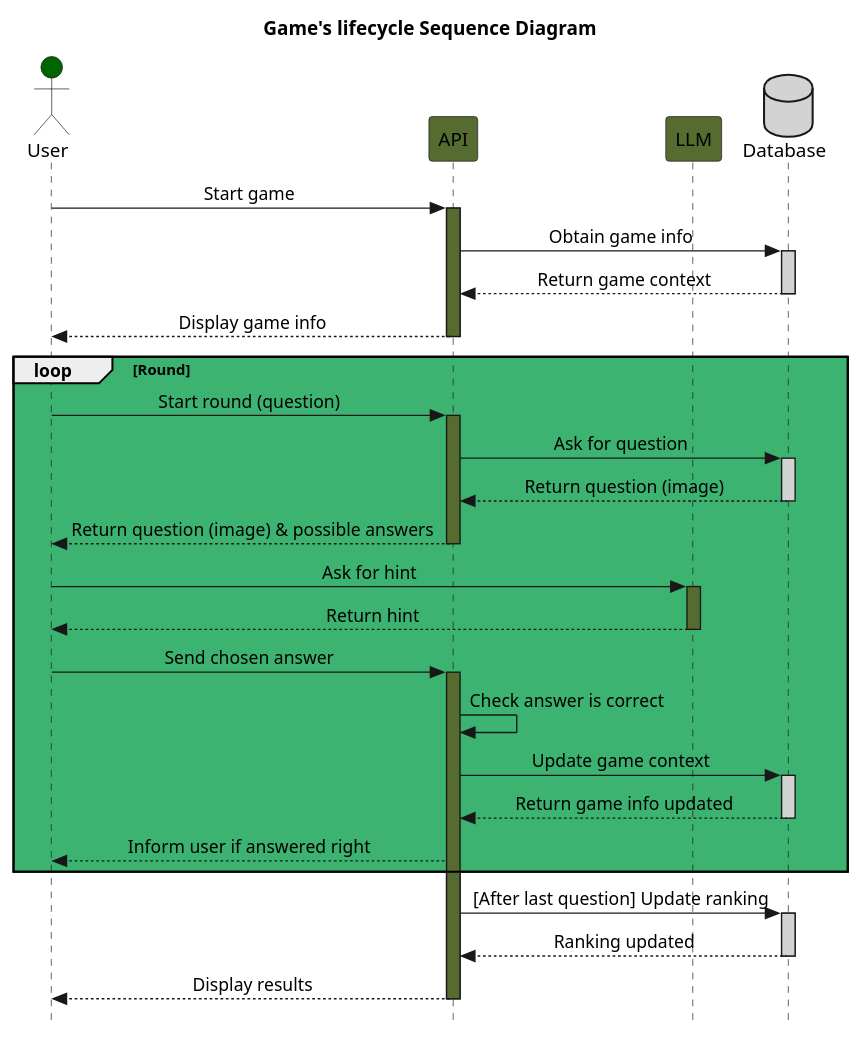
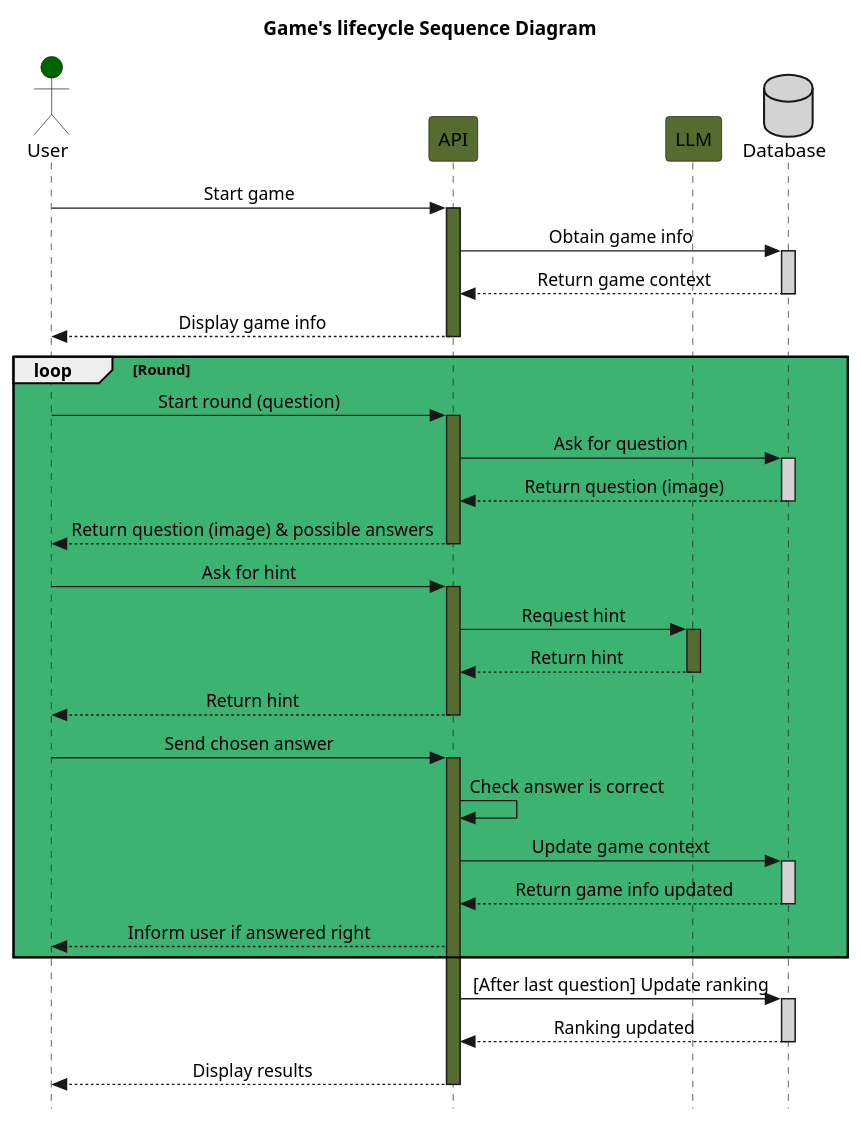
One commit to Arquisoft/wichat_en1a changed the diagram in docs/src/diagrams/Sequence_diagram_Game.puml. Above: the diagram before and after it, drawn with PlantUML. The commit also changed 4 other files, not shown here.

Commit message:
docs: Diagram fixes of the documentation sections 3, 5 and 6.

```diff
--- a/docs/src/diagrams/Sequence_diagram_Game.puml
+++ b/docs/src/diagrams/Sequence_diagram_Game.puml
@@ -1,48 +1,52 @@
 @startuml game
 title Game's lifecycle Sequence Diagram
 
 actor User #DarkGreen
 participant API as "API" #DarkOliveGreen
 participant LLM as "LLM" #DarkOliveGreen
 database DB as "Database" #LightGray
 
 skinparam Style strictuml
 skinparam SequenceMessageAlignment center
 
 User -> API : Start game
 activate API #DarkOliveGreen
 API -> DB : Obtain game info
 activate DB #LightGray
 DB --> API : Return game context
 deactivate DB
 API --> User : Display game info
 deactivate API
 loop #MediumSeaGreen Round
     User -> API : Start round (question)
     activate API #DarkOliveGreen
     API -> DB : Ask for question
     activate DB  #LightGray
     DB --> API : Return question (image)
     deactivate DB
     API --> User : Return question (image) & possible answers
     deactivate API
-    User -> LLM: Ask for hint
+    User -> API: Ask for hint
+    activate API #DarkOliveGreen
+    API -> LLM : Request hint
     activate LLM #DarkOliveGreen
-    LLM --> User : Return hint
+    LLM --> API : Return hint
     deactivate LLM
+    API --> User : Return hint
+    deactivate API
     User -> API : Send chosen answer
     activate API #DarkOliveGreen
     API -> API : Check answer is correct
     API -> DB : Update game context
     activate DB #LightGray
     DB --> API : Return game info updated
     deactivate DB
     API --> User : Inform user if answered right
 end loop Round
 API -> DB : [After last question] Update ranking
 activate DB #LightGray
 DB --> API : Ranking updated
 deactivate DB
 API --> User : Display results
 deactivate API
 @enduml
```
